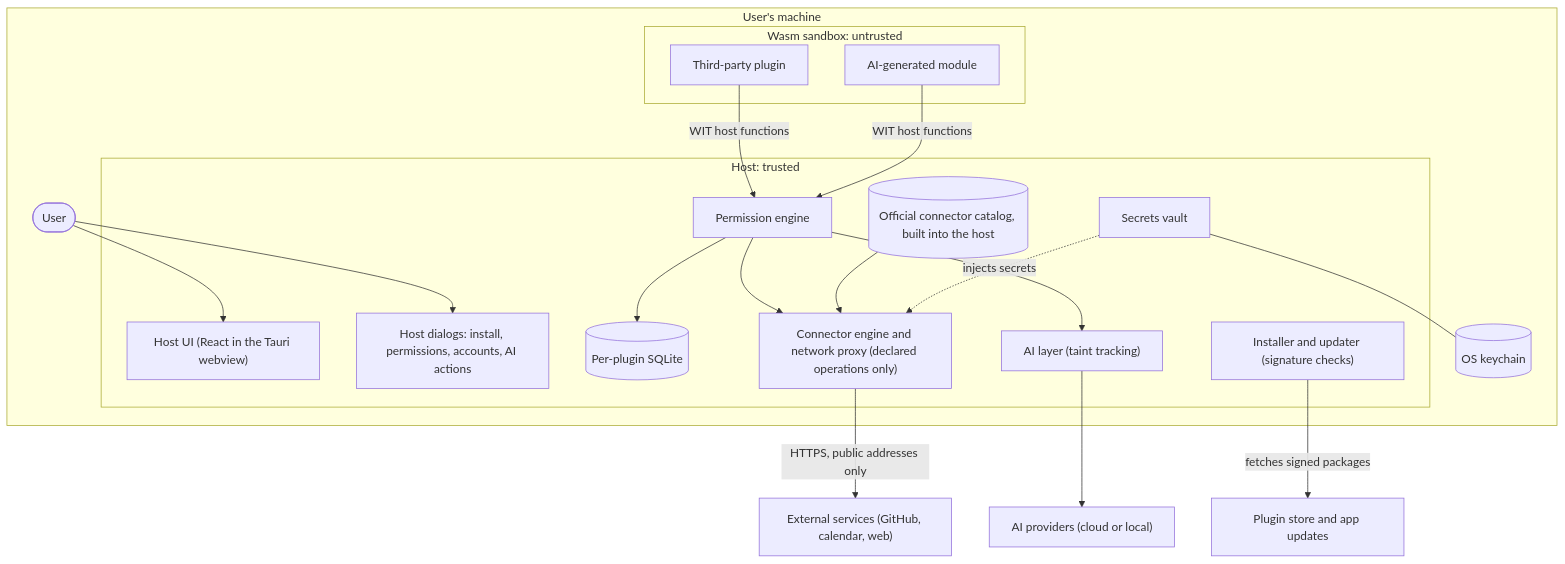
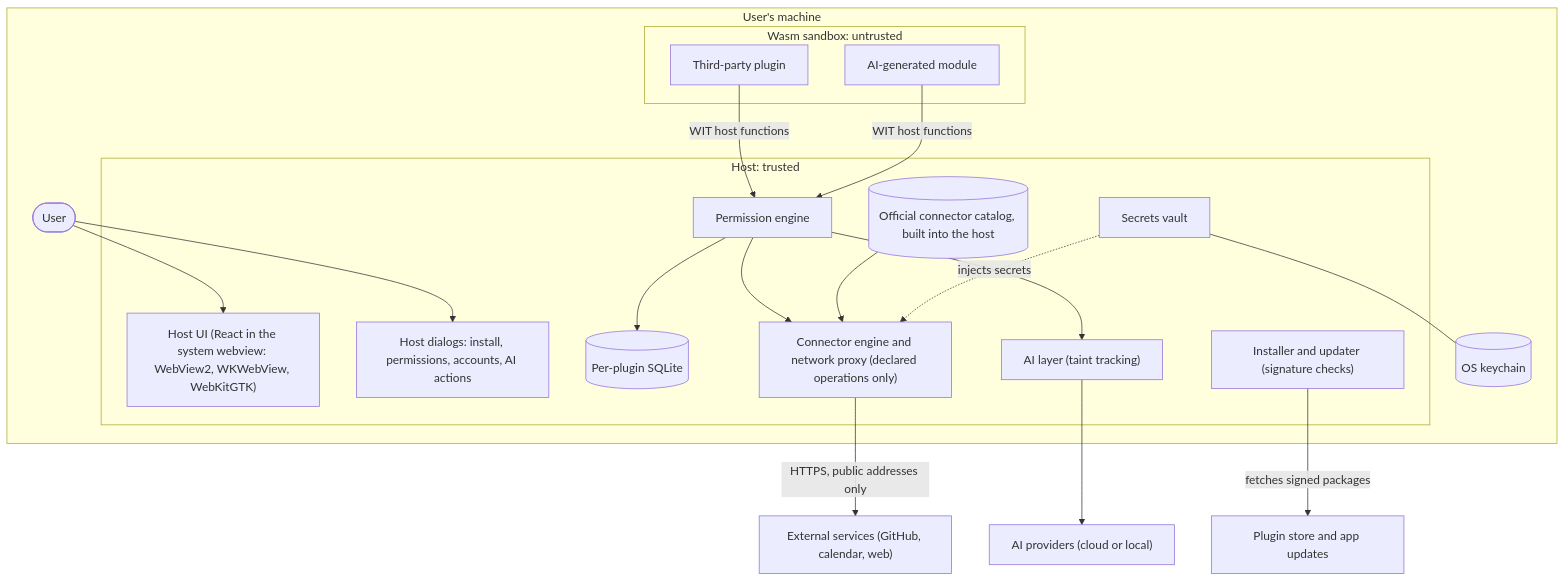
Before and after one commit to philipesantos/dashboard: the diagram in docs/threat-model.md, drawn with Mermaid. The commit also changed other lines of this file and 1 other file, not shown here.

Commit message:
docs: the threat model gains the window as boundary B7 with eight rows, each citing its probe case or test, says how each engine is patched, names the engines in the diagram, and closes the content policy question (T023)

````diff
--- a/docs/threat-model.md
+++ b/docs/threat-model.md
@@ -12,40 +12,40 @@
 ```mermaid
 flowchart TB
     subgraph machine["User's machine"]
         user([User])
         subgraph sandbox["Wasm sandbox: untrusted"]
             plugin["Third-party plugin"]
             generated["AI-generated module"]
         end
         subgraph host["Host: trusted"]
-            ui["Host UI (React in the Tauri webview)"]
+            ui["Host UI (React in the system webview: WebView2, WKWebView, WebKitGTK)"]
             dialogs["Host dialogs: install, permissions, accounts, AI actions"]
             perm["Permission engine"]
             vault["Secrets vault"]
             db[("Per-plugin SQLite")]
             connectors["Connector engine and network proxy (declared operations only)"]
             catalog[("Official connector catalog, built into the host")]
             ailayer["AI layer (taint tracking)"]
             installer["Installer and updater (signature checks)"]
         end
         keychain[("OS keychain")]
     end
 
     ext["External services (GitHub, calendar, web)"]
     llm["AI providers (cloud or local)"]
     dist["Plugin store and app updates"]
 
     user --> ui
     user --> dialogs
     plugin -- "WIT host functions" --> perm
     generated -- "WIT host functions" --> perm
     perm --> db
     perm --> connectors
     perm --> ailayer
     catalog --> connectors
     vault -. "injects secrets" .-> connectors
     vault --- keychain
     connectors -- "HTTPS, public addresses only" --> ext
     ailayer --> llm
     installer -- "fetches signed packages" --> dist
 ```
````
